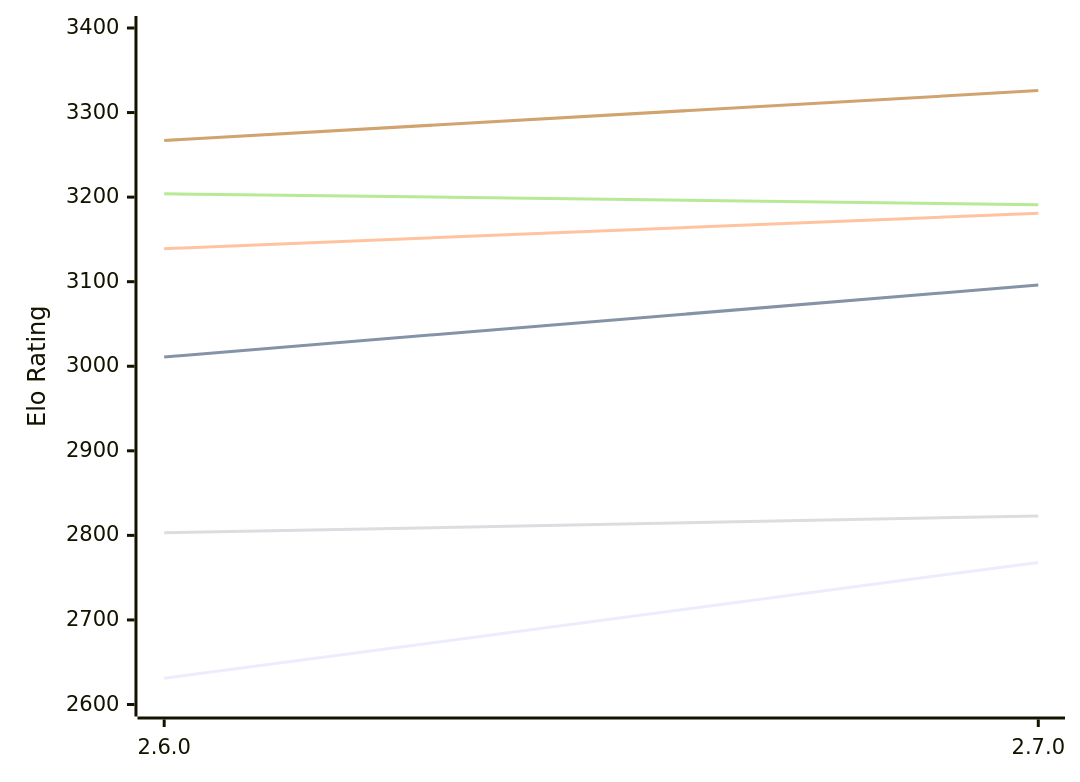
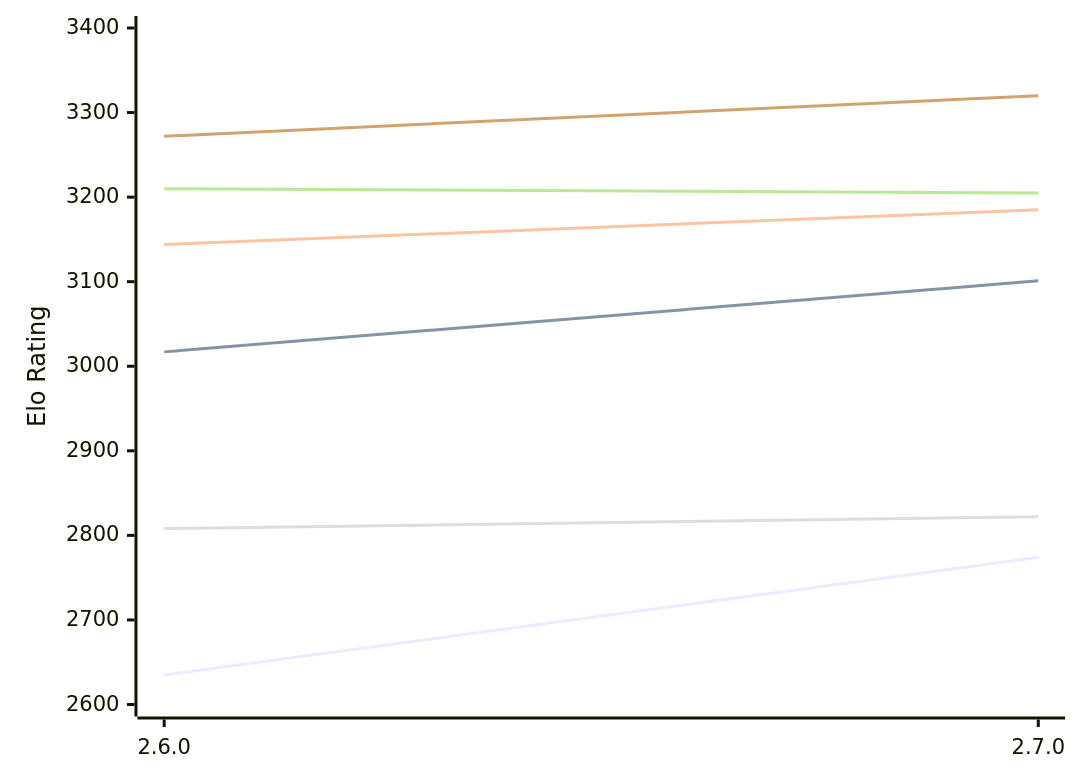
Before and after one commit to computer-chess-index/cci: the first of 2 diagrams in engines/Sturddle2.md, drawn with Mermaid. The commit also changed other lines of this file, not shown here.

Commit message:
Update CCI Ratings (ELO VLTC) - 2026-10-16

````diff
--- a/engines/Sturddle2.md
+++ b/engines/Sturddle2.md
@@ -51,12 +51,12 @@
 ```mermaid
 %%{init: {"theme":"base","themeVariables":{"seriesColors:['#a3a3a3','#222221','#faa371']}}}%%
 xychart-beta
   x-axis ["2.6.0", "2.7.0"]
   y-axis "Elo Rating" 2600 --> 3400
-  line "E1: STC (8.0+0.08s)" [2631, 2768]
-  line "E1: LTC (60.0+0.60s)" [3011, 3096]
-  line "E1: VLTC (2m24s+1.12s)" [3139, 3181]
-  line "P1: STC (8.0+0.08s)" [2803, 2823]
-  line "P1: LTC (60.0+0.60s)" [3204, 3191]
-  line "P1: VLTC (2m24s+1.12s)" [3267, 3326]
+  line "E1: STC (8.0+0.08s)" [2635, 2774]
+  line "E1: LTC (60.0+0.60s)" [3017, 3101]
+  line "E1: VLTC (2m24s+1.12s)" [3144, 3185]
+  line "P1: STC (8.0+0.08s)" [2808, 2822]
+  line "P1: LTC (60.0+0.60s)" [3210, 3205]
+  line "P1: VLTC (2m24s+1.12s)" [3272, 3320]
 ```
````
